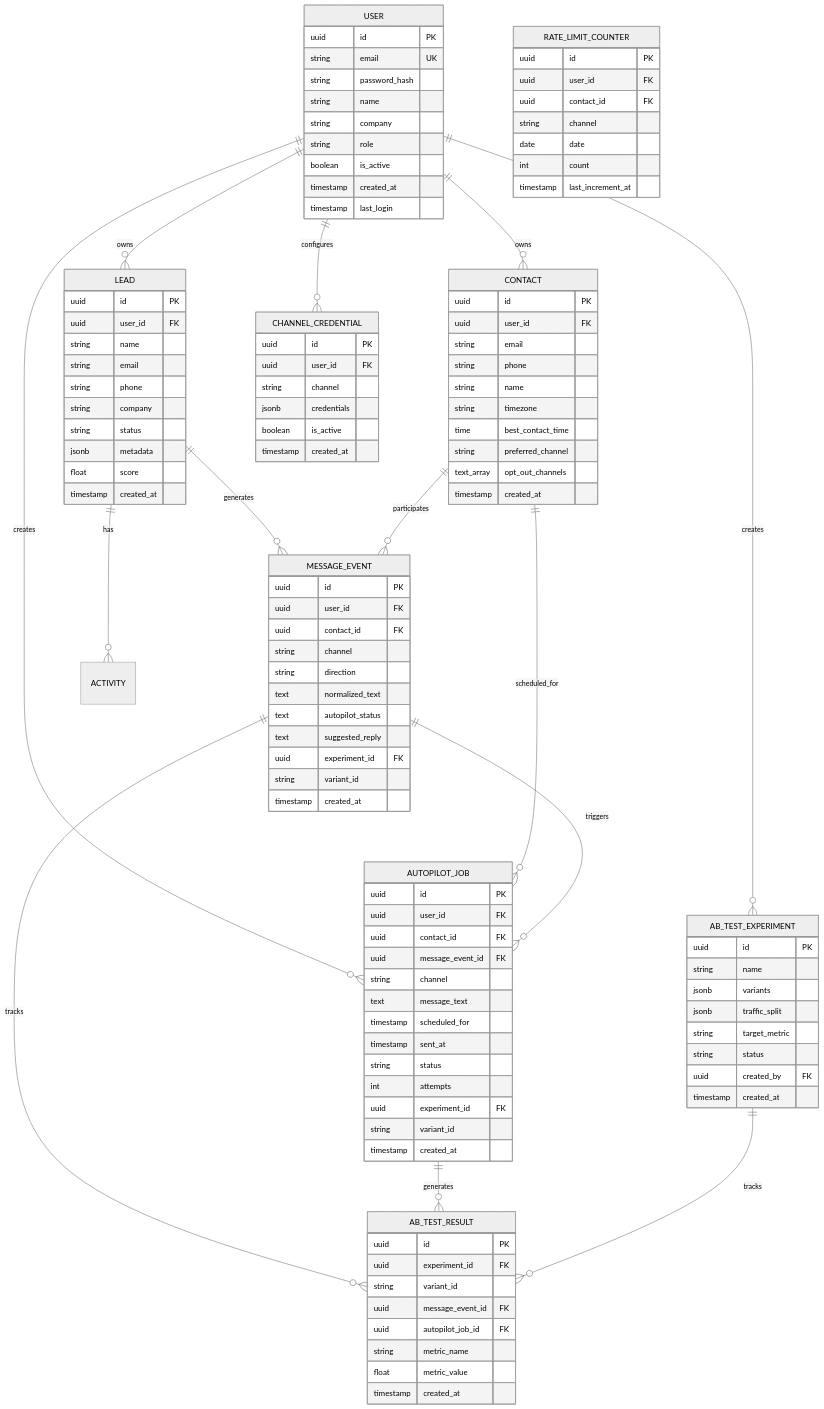
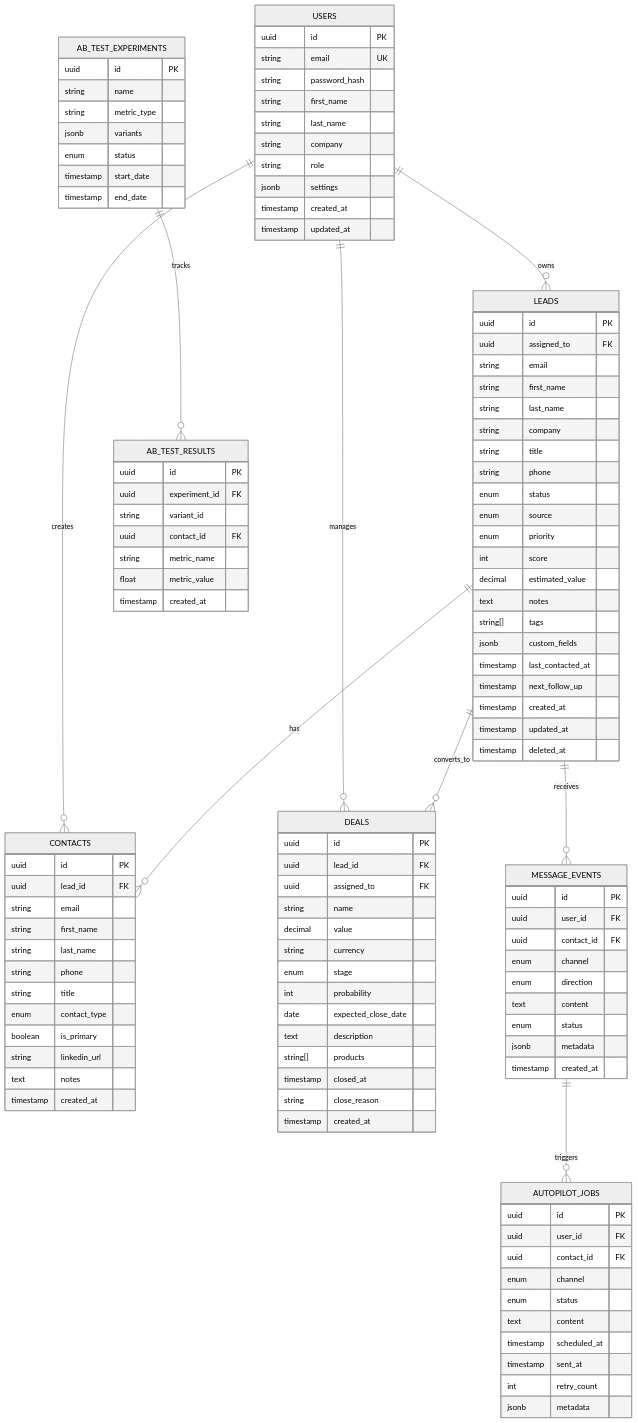
Before and after one commit to alexanderlipovics-cell/salesflow-ai: the first of 3 diagrams in salesflow-ai/docs/developer/database-schema.md, drawn with Mermaid (neutral theme). The commit also changed other lines of this file and 92 other files, not shown here.

First line of the commit message:
feat: Complete Networker MVP - Follow-Up Engine, Lead Hunter, Team Duplication, Mobile Dashboard, Screenshot-to-Lead

````diff
--- a/salesflow-ai/docs/developer/database-schema.md
+++ b/salesflow-ai/docs/developer/database-schema.md
@@ -9,130 +9,128 @@
 ```mermaid
 erDiagram
-    USER ||--o{ LEAD : owns
-    USER ||--o{ CONTACT : owns
-    USER ||--o{ AUTOPILOT_JOB : creates
-    USER ||--o{ AB_TEST_EXPERIMENT : creates
-    USER ||--o{ CHANNEL_CREDENTIAL : configures
+    USERS ||--o{ LEADS : owns
+    USERS ||--o{ CONTACTS : creates
+    USERS ||--o{ DEALS : manages
     
-    USER {
+    USERS {
         uuid id PK
         string email UK
         string password_hash
-        string name
+        string first_name
+        string last_name
         string company
         string role
-        boolean is_active
+        jsonb settings
         timestamp created_at
-        timestamp last_login
+        timestamp updated_at
     }
     
-    LEAD ||--o{ MESSAGE_EVENT : generates
-    LEAD ||--o{ ACTIVITY : has
+    LEADS ||--o{ CONTACTS : has
+    LEADS ||--o{ DEALS : converts_to
+    LEADS ||--o{ MESSAGE_EVENTS : receives
     
-    LEAD {
+    LEADS {
         uuid id PK
-        uuid user_id FK
-        string name
+        uuid assigned_to FK
         string email
+        string first_name
+        string last_name
+        string company
+        string title
         string phone
-        string company
-        string status
-        jsonb metadata
-        float score
+        enum status
+        enum source
+        enum priority
+        int score
+        decimal estimated_value
+        text notes
+        string[] tags
+        jsonb custom_fields
+        timestamp last_contacted_at
+        timestamp next_follow_up
+        timestamp created_at
+        timestamp updated_at
+        timestamp deleted_at
+    }
+    
+    CONTACTS {
+        uuid id PK
+        uuid lead_id FK
+        string email
+        string first_name
+        string last_name
+        string phone
+        string title
+        enum contact_type
+        boolean is_primary
+        string linkedin_url
+        text notes
         timestamp created_at
     }
     
-    CONTACT ||--o{ MESSAGE_EVENT : participates
-    CONTACT ||--o{ AUTOPILOT_JOB : scheduled_for
-    
-    CONTACT {
+    DEALS {
         uuid id PK
-        uuid user_id FK
-        string email
-        string phone
+        uuid lead_id FK
+        uuid assigned_to FK
         string name
-        string timezone
-        time best_contact_time
-        string preferred_channel
-        text_array opt_out_channels
+        decimal value
+        string currency
+        enum stage
+        int probability
+        date expected_close_date
+        text description
+        string[] products
+        timestamp closed_at
+        string close_reason
         timestamp created_at
     }
     
-    MESSAGE_EVENT ||--o{ AUTOPILOT_JOB : triggers
-    MESSAGE_EVENT ||--o{ AB_TEST_RESULT : tracks
+    MESSAGE_EVENTS ||--o{ AUTOPILOT_JOBS : triggers
     
-    MESSAGE_EVENT {
+    MESSAGE_EVENTS {
         uuid id PK
         uuid user_id FK
         uuid contact_id FK
-        string channel
-        string direction
-        text normalized_text
-        text autopilot_status
-        text suggested_reply
-        uuid experiment_id FK
-        string variant_id
+        enum channel
+        enum direction
+        text content
+        enum status
+        jsonb metadata
         timestamp created_at
     }
     
-    AUTOPILOT_JOB ||--o{ AB_TEST_RESULT : generates
-    
-    AUTOPILOT_JOB {
+    AUTOPILOT_JOBS {
         uuid id PK
         uuid user_id FK
         uuid contact_id FK
-        uuid message_event_id FK
-        string channel
-        text message_text
-        timestamp scheduled_for
+        enum channel
+        enum status
+        text content
+        timestamp scheduled_at
         timestamp sent_at
-        string status
-        int attempts
-        uuid experiment_id FK
-        string variant_id
-        timestamp created_at
+        int retry_count
+        jsonb metadata
     }
     
-    AB_TEST_EXPERIMENT ||--o{ AB_TEST_RESULT : tracks
+    AB_TEST_EXPERIMENTS ||--o{ AB_TEST_RESULTS : tracks
     
-    AB_TEST_EXPERIMENT {
+    AB_TEST_EXPERIMENTS {
         uuid id PK
         string name
+        string metric_type
         jsonb variants
-        jsonb traffic_split
-        string target_metric
-        string status
-        uuid created_by FK
-        timestamp created_at
+        enum status
+        timestamp start_date
+        timestamp end_date
     }
     
-    AB_TEST_RESULT {
+    AB_TEST_RESULTS {
         uuid id PK
         uuid experiment_id FK
         string variant_id
-        uuid message_event_id FK
-        uuid autopilot_job_id FK
+        uuid contact_id FK
         string metric_name
         float metric_value
         timestamp created_at
     }
-    
-    RATE_LIMIT_COUNTER {
-        uuid id PK
-        uuid user_id FK
-        uuid contact_id FK
-        string channel
-        date date
-        int count
-        timestamp last_increment_at
-    }
-    
-    CHANNEL_CREDENTIAL {
-        uuid id PK
-        uuid user_id FK
-        string channel
-        jsonb credentials
-        boolean is_active
-        timestamp created_at
-    }
 ```
````
